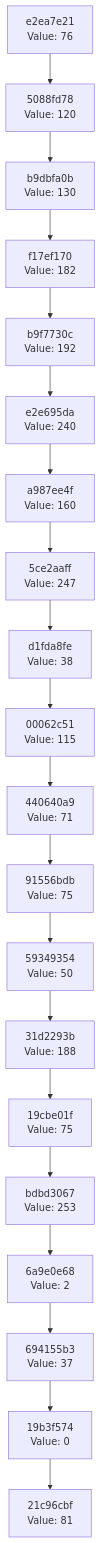
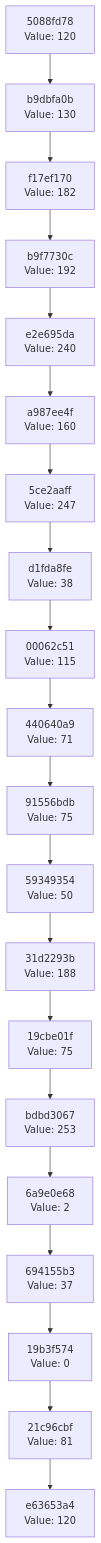
Before and after one commit to Abhisheksinha1506/hash-chain-evolver: the diagram in docs/CHAIN_VISUALIZATION.md, drawn with Mermaid. The commit also changed 3 other files, not shown here.

````diff
--- a/docs/CHAIN_VISUALIZATION.md
+++ b/docs/CHAIN_VISUALIZATION.md
@@ -3,42 +3,42 @@
 ```mermaid
 graph TD
-    C0["21c96cbf<br/>Value: 81"]
-    C1["19b3f574<br/>Value: 0"]
+    C0["e63653a4<br/>Value: 120"]
+    C1["21c96cbf<br/>Value: 81"]
     C1 --> C0
-    C2["694155b3<br/>Value: 37"]
+    C2["19b3f574<br/>Value: 0"]
     C2 --> C1
-    C3["6a9e0e68<br/>Value: 2"]
+    C3["694155b3<br/>Value: 37"]
     C3 --> C2
-    C4["bdbd3067<br/>Value: 253"]
+    C4["6a9e0e68<br/>Value: 2"]
     C4 --> C3
-    C5["19cbe01f<br/>Value: 75"]
+    C5["bdbd3067<br/>Value: 253"]
     C5 --> C4
-    C6["31d2293b<br/>Value: 188"]
+    C6["19cbe01f<br/>Value: 75"]
     C6 --> C5
-    C7["59349354<br/>Value: 50"]
+    C7["31d2293b<br/>Value: 188"]
     C7 --> C6
-    C8["91556bdb<br/>Value: 75"]
+    C8["59349354<br/>Value: 50"]
     C8 --> C7
-    C9["440640a9<br/>Value: 71"]
+    C9["91556bdb<br/>Value: 75"]
     C9 --> C8
-    C10["00062c51<br/>Value: 115"]
+    C10["440640a9<br/>Value: 71"]
     C10 --> C9
-    C11["d1fda8fe<br/>Value: 38"]
+    C11["00062c51<br/>Value: 115"]
     C11 --> C10
-    C12["5ce2aaff<br/>Value: 247"]
+    C12["d1fda8fe<br/>Value: 38"]
     C12 --> C11
-    C13["a987ee4f<br/>Value: 160"]
+    C13["5ce2aaff<br/>Value: 247"]
     C13 --> C12
-    C14["e2e695da<br/>Value: 240"]
+    C14["a987ee4f<br/>Value: 160"]
     C14 --> C13
-    C15["b9f7730c<br/>Value: 192"]
+    C15["e2e695da<br/>Value: 240"]
     C15 --> C14
-    C16["f17ef170<br/>Value: 182"]
+    C16["b9f7730c<br/>Value: 192"]
     C16 --> C15
-    C17["b9dbfa0b<br/>Value: 130"]
+    C17["f17ef170<br/>Value: 182"]
     C17 --> C16
-    C18["5088fd78<br/>Value: 120"]
+    C18["b9dbfa0b<br/>Value: 130"]
     C18 --> C17
-    C19["e2ea7e21<br/>Value: 76"]
+    C19["5088fd78<br/>Value: 120"]
     C19 --> C18
 ```
````
